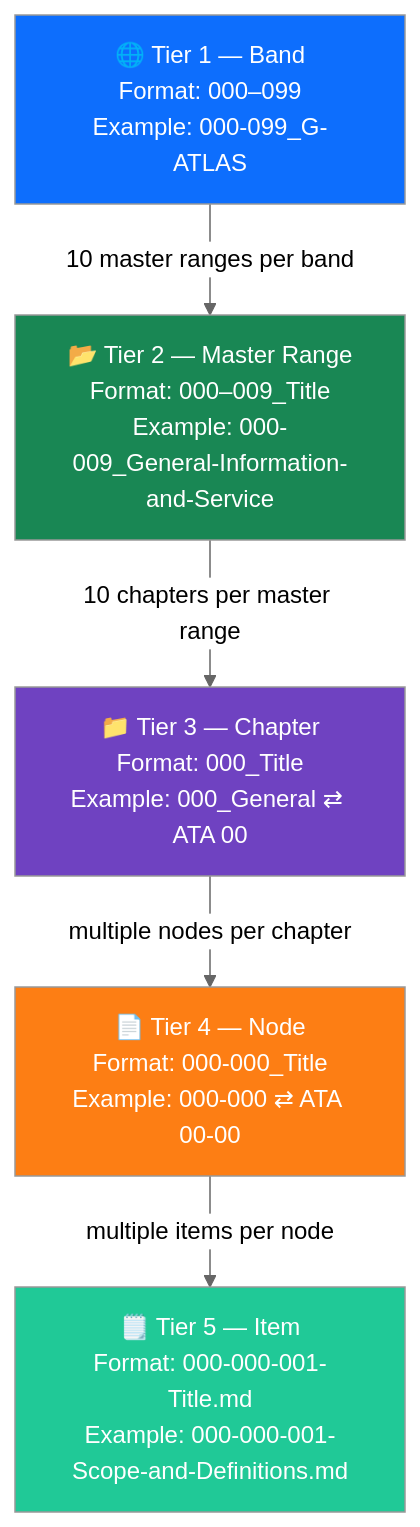
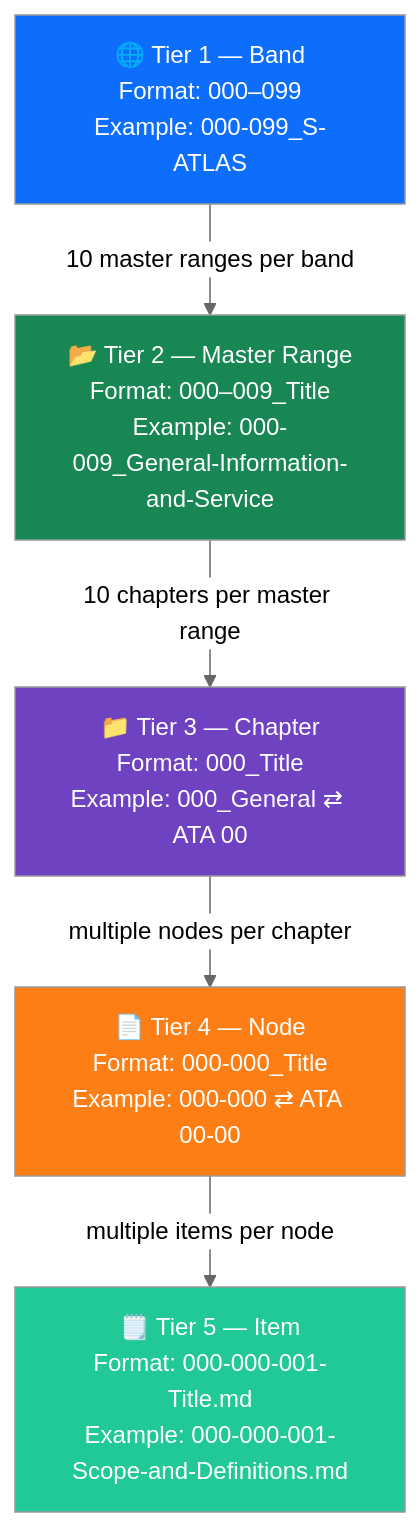
One commit to AmedeoPelliccia/Q-plus-A changed the diagram in 01_OPTIONS_ARCHITECTURE/01-03_TECHNOLOGIES/01-03-01_Q+ATLANTIDE/000-099_S-ATLAS/000-009_General-Information-and-Service/000_General/000-000_General-Introduction/000-000-005-Numbering-and-Structure-Orientation.md. Above: the diagram before and after it, drawn with Mermaid (neutral theme). The commit also changed other lines of this file and 641 other files, not shown here.

````diff
--- a/01_OPTIONS_ARCHITECTURE/01-03_TECHNOLOGIES/01-03-01_Q+ATLANTIDE/000-099_S-ATLAS/000-009_General-Information-and-Service/000_General/000-000_General-Introduction/000-000-005-Numbering-and-Structure-Orientation.md
+++ b/01_OPTIONS_ARCHITECTURE/01-03_TECHNOLOGIES/01-03-01_Q+ATLANTIDE/000-099_S-ATLAS/000-009_General-Information-and-Service/000_General/000-000_General-Introduction/000-000-005-Numbering-and-Structure-Orientation.md
@@ -150,19 +150,19 @@
 ```mermaid
 graph TD
-    T1["🌐 Tier 1 — Band<br/>Format: 000–099<br/>Example: 000-099_G-ATLAS"]
+    T1["🌐 Tier 1 — Band<br/>Format: 000–099<br/>Example: 000-099_S-ATLAS"]
     T2["📂 Tier 2 — Master Range<br/>Format: 000–009_Title<br/>Example: 000-009_General-Information-and-Service"]
     T3["📁 Tier 3 — Chapter<br/>Format: 000_Title<br/>Example: 000_General ⇄ ATA 00"]
     T4["📄 Tier 4 — Node<br/>Format: 000-000_Title<br/>Example: 000-000 ⇄ ATA 00-00"]
     T5["🗒️ Tier 5 — Item<br/>Format: 000-000-001-Title.md<br/>Example: 000-000-001-Scope-and-Definitions.md"]
 
     T1 -->|"10 master ranges per band"| T2
     T2 -->|"10 chapters per master range"| T3
     T3 -->|"multiple nodes per chapter"| T4
     T4 -->|"multiple items per node"| T5
 
     style T1 fill:#0d6efd,color:#fff
     style T2 fill:#198754,color:#fff
     style T3 fill:#6f42c1,color:#fff
     style T4 fill:#fd7e14,color:#fff
     style T5 fill:#20c997,color:#fff
 ```
````
